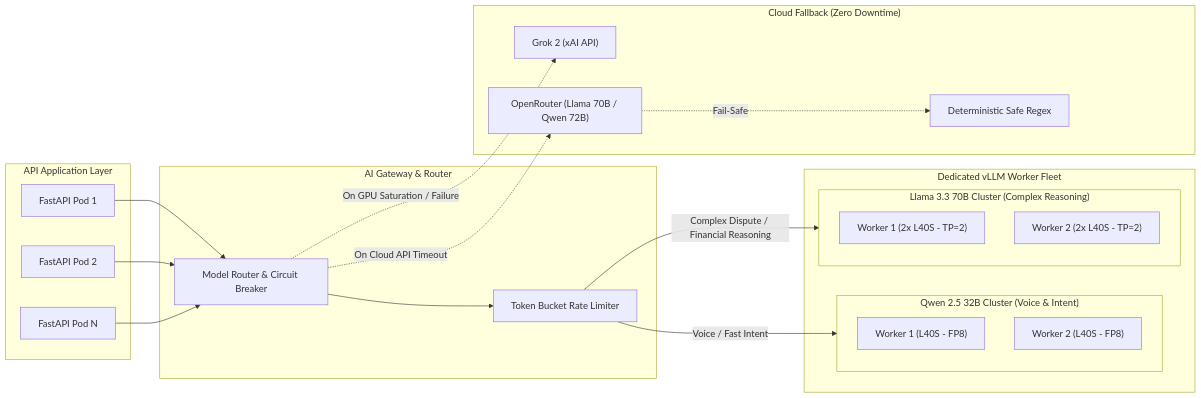
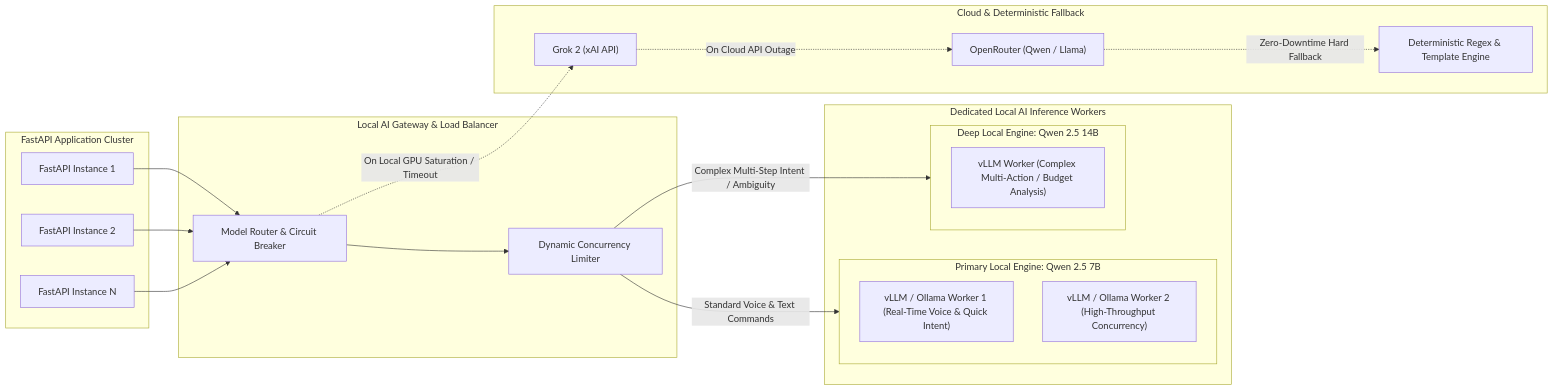
Before and after one commit to bikash-20/ML-fraud-detection-ai-fintech-platform: the sixth of 6 diagrams in docs/SCALING_ARCHITECTURE.md, drawn with Mermaid. The commit also changed other lines of this file, not shown here.

Commit message:
docs: standardize on Qwen 2.5 7B/14B as the optimal local AI model for voice FinTech

````diff
--- a/docs/SCALING_ARCHITECTURE.md
+++ b/docs/SCALING_ARCHITECTURE.md
@@ -343,38 +337,37 @@
 ```mermaid
 flowchart LR
-    subgraph Clients["API Application Layer"]
-        FastAPI_1["FastAPI Pod 1"]
-        FastAPI_2["FastAPI Pod 2"]
-        FastAPI_N["FastAPI Pod N"]
+    subgraph Clients["FastAPI Application Cluster"]
+        FastAPI_1["FastAPI Instance 1"]
+        FastAPI_2["FastAPI Instance 2"]
+        FastAPI_N["FastAPI Instance N"]
     end
 
-    subgraph Gateway["AI Gateway & Router"]
+    subgraph Gateway["Local AI Gateway & Load Balancer"]
         Router["Model Router & Circuit Breaker"]
-        RateLimiter["Token Bucket Rate Limiter"]
+        TokenBucket["Dynamic Concurrency Limiter"]
     end
 
-    subgraph InferencePool["Dedicated vLLM Worker Fleet"]
-        subgraph WorkerQwen["Qwen 2.5 32B Cluster (Voice & Intent)"]
-            QW_1["Worker 1 (L40S - FP8)"]
-            QW_2["Worker 2 (L40S - FP8)"]
+    subgraph LocalWorkerPool["Dedicated Local AI Inference Workers"]
+        subgraph WorkerPrimary["Primary Local Engine: Qwen 2.5 7B"]
+            QW7_1["vLLM / Ollama Worker 1 (Real-Time Voice & Quick Intent)"]
+            QW7_2["vLLM / Ollama Worker 2 (High-Throughput Concurrency)"]
         end
-        subgraph WorkerLlama["Llama 3.3 70B Cluster (Complex Reasoning)"]
-            LL_1["Worker 1 (2x L40S - TP=2)"]
-            LL_2["Worker 2 (2x L40S - TP=2)"]
+        subgraph WorkerHeavy["Deep Local Engine: Qwen 2.5 14B"]
+            QW14_1["vLLM Worker (Complex Multi-Action / Budget Analysis)"]
         end
     end
 
-    subgraph FallbackTier["Cloud Fallback (Zero Downtime)"]
+    subgraph ResilientFallback["Cloud & Deterministic Fallback"]
         Grok["Grok 2 (xAI API)"]
-        OpenRouter["OpenRouter (Llama 70B / Qwen 72B)"]
-        Regex["Deterministic Safe Regex"]
+        OpenRouter["OpenRouter (Qwen / Llama)"]
+        Deterministic["Deterministic Regex & Template Engine"]
     end
 
     FastAPI_1 & FastAPI_2 & FastAPI_N --> Router
-    Router --> RateLimiter
-    RateLimiter -->|Voice / Fast Intent| WorkerQwen
-    RateLimiter -->|Complex Dispute / Financial Reasoning| WorkerLlama
-    Router -.->|On GPU Saturation / Failure| Grok
-    Router -.->|On Cloud API Timeout| OpenRouter
-    OpenRouter -.->|Fail-Safe| Regex
+    Router --> TokenBucket
+    TokenBucket -->|Standard Voice & Text Commands| WorkerPrimary
+    TokenBucket -->|Complex Multi-Step Intent / Ambiguity| WorkerHeavy
+    Router -.->|On Local GPU Saturation / Timeout| Grok
+    Grok -.->|On Cloud API Outage| OpenRouter
+    OpenRouter -.->|Zero-Downtime Hard Fallback| Deterministic
 ```
````
